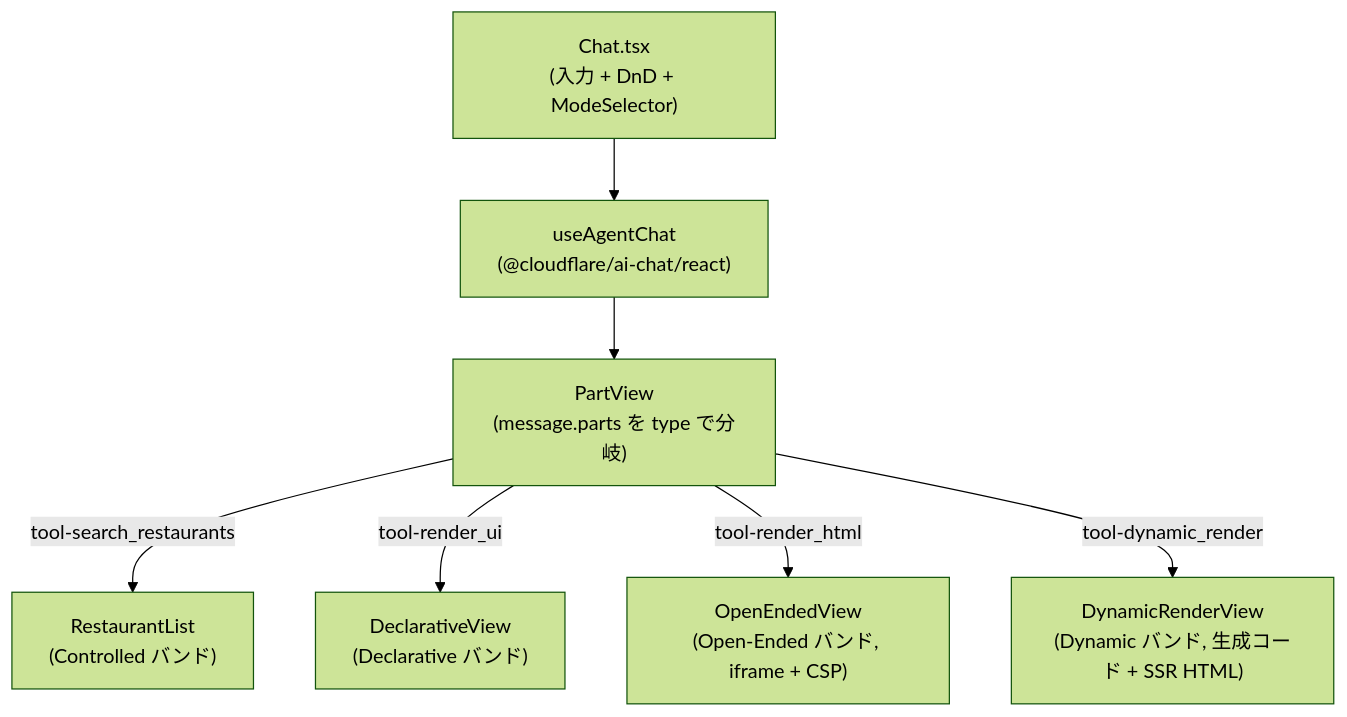
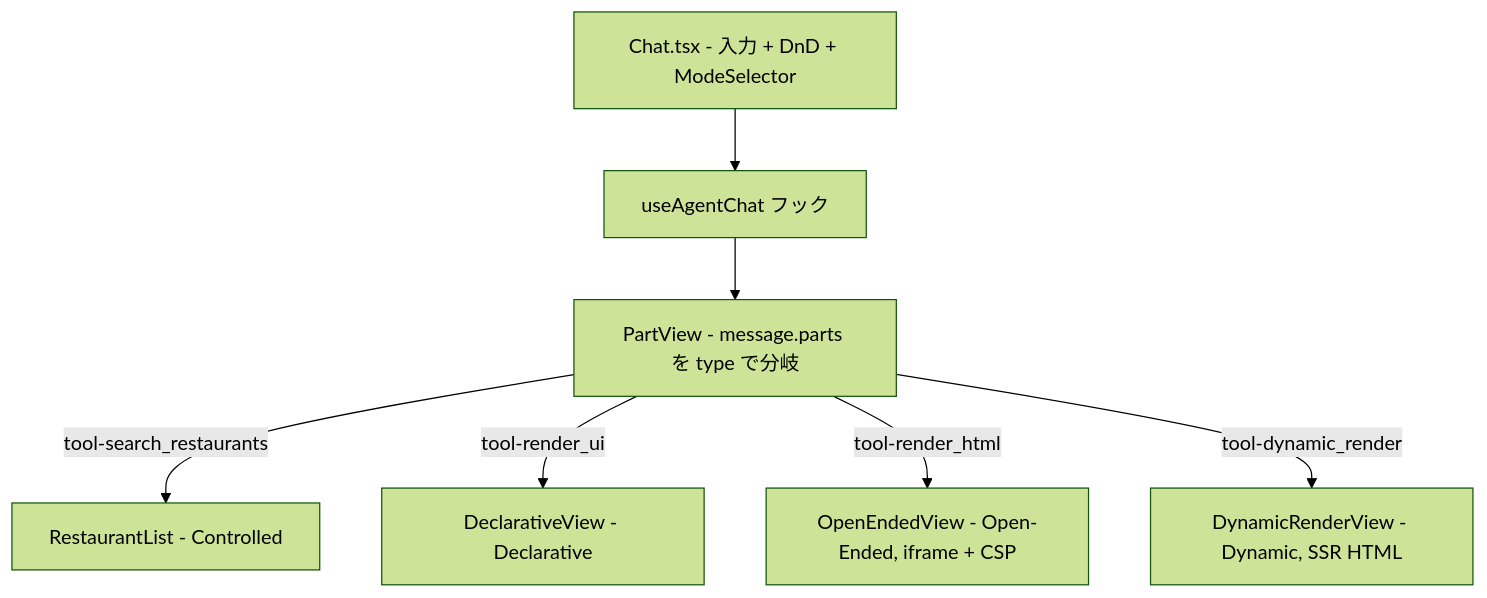
Before and after one commit to yusukebe/generative-ui-playground: the second of 5 diagrams in README.md, drawn with Mermaid (forest theme). The commit also changed other lines of this file, not shown here.

First line of the commit message:
fix(README): mermaid flowchart のラベルから特殊文字を除去

````diff
--- a/README.md
+++ b/README.md
@@ -86,9 +86,9 @@
 ```mermaid
 flowchart TB
-  Chat["Chat.tsx<br/>(入力 + DnD + ModeSelector)"] --> Hook["useAgentChat<br/>(@cloudflare/ai-chat/react)"]
-  Hook --> PartView["PartView<br/>(message.parts を type で分岐)"]
-  PartView -->|tool-search_restaurants| RList["RestaurantList<br/>(Controlled バンド)"]
-  PartView -->|tool-render_ui| DV["DeclarativeView<br/>(Declarative バンド)"]
-  PartView -->|tool-render_html| OEV["OpenEndedView<br/>(Open-Ended バンド, iframe + CSP)"]
-  PartView -->|tool-dynamic_render| DRV["DynamicRenderView<br/>(Dynamic バンド, 生成コード + SSR HTML)"]
+  Chat["Chat.tsx - 入力 + DnD + ModeSelector"] --> Hook["useAgentChat フック"]
+  Hook --> PartView["PartView - message.parts を type で分岐"]
+  PartView -->|tool-search_restaurants| RList["RestaurantList - Controlled"]
+  PartView -->|tool-render_ui| DV["DeclarativeView - Declarative"]
+  PartView -->|tool-render_html| OEV["OpenEndedView - Open-Ended, iframe + CSP"]
+  PartView -->|tool-dynamic_render| DRV["DynamicRenderView - Dynamic, SSR HTML"]
 ```
````
